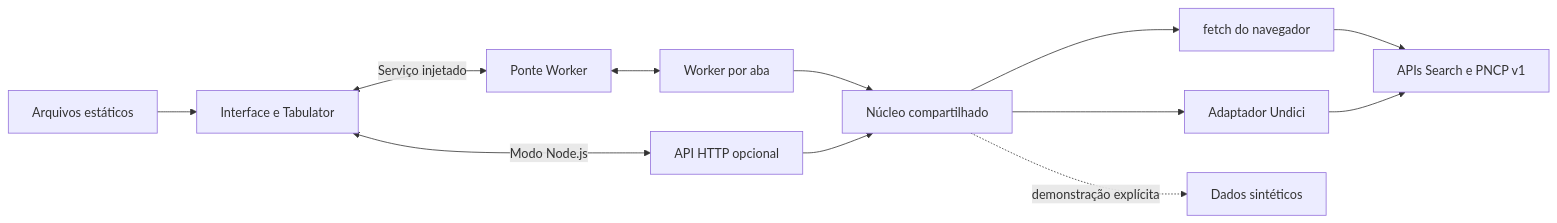
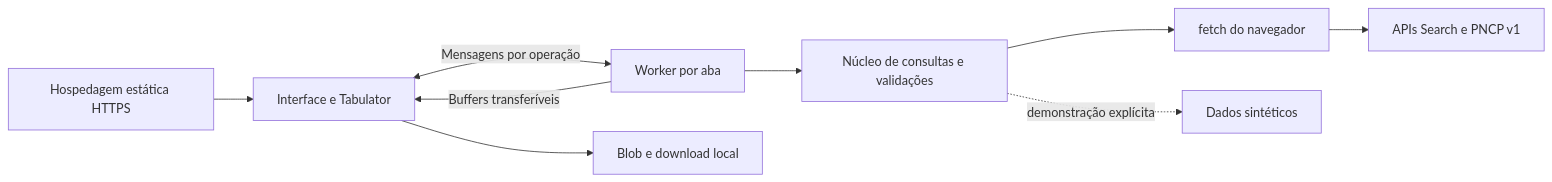
The diagram in docs/arquitetura.md (victorgmbraga/compras-web), drawn with Mermaid before and after one commit. The commit also changed other lines of this file and 54 other files, not shown here.

Commit message:
chore: remover backend Node.js e manter versão estática

````diff
--- a/docs/arquitetura.md
+++ b/docs/arquitetura.md
@@ -5,14 +5,11 @@
 ```mermaid
 flowchart LR
-    Static[Arquivos estáticos] --> UI[Interface e Tabulator]
-    UI <-->|Serviço injetado| RPC[Ponte Worker]
-    RPC <--> Worker[Worker por aba]
-    UI <-->|Modo Node.js| HTTP[API HTTP opcional]
-    Worker --> Core[Núcleo compartilhado]
-    HTTP --> Core
+    Static[Hospedagem estática HTTPS] --> UI[Interface e Tabulator]
+    UI <-->|Mensagens por operação| Worker[Worker por aba]
+    Worker --> Core[Núcleo de consultas e validações]
     Core --> Native[fetch do navegador]
-    Core --> Undici[Adaptador Undici]
     Native --> PNCP[APIs Search e PNCP v1]
-    Undici --> PNCP
     Core -. demonstração explícita .-> Demo[Dados sintéticos]
+    Worker -->|Buffers transferíveis| UI
+    UI --> CSV[Blob e download local]
 ```
````
